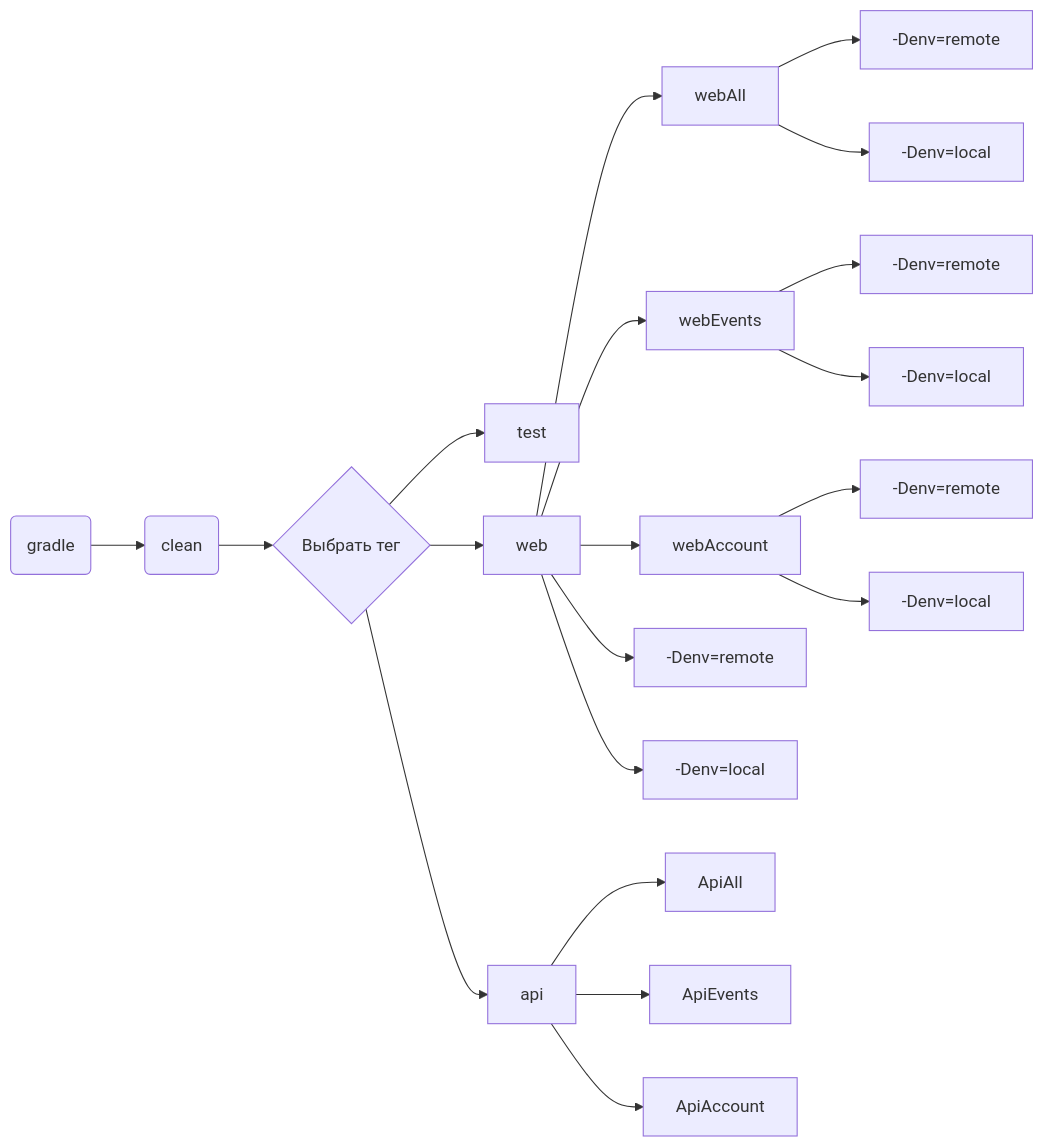
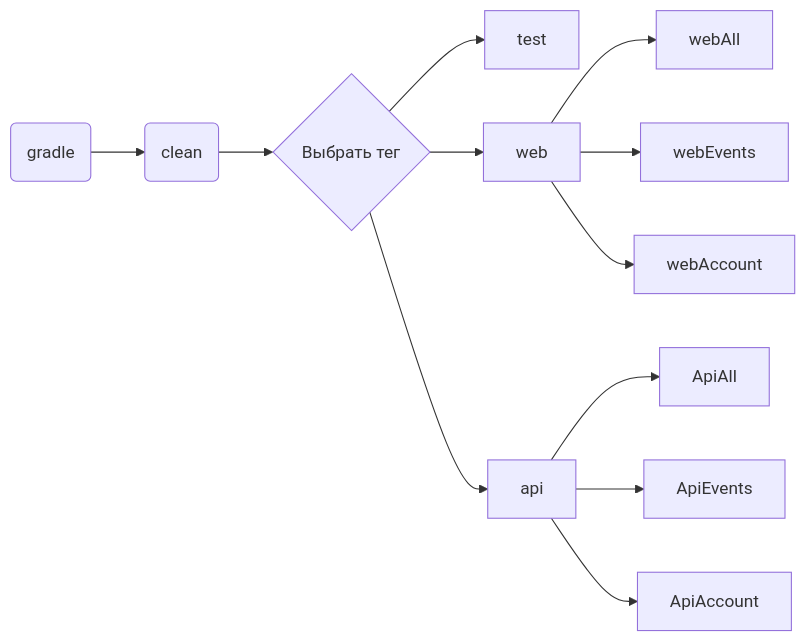
Before and after one commit to Tatin-S/qa-guru-diplom-mts-link-tests: the diagram in README.md, drawn with Mermaid.

````diff
--- a/README.md
+++ b/README.md
@@ -105,22 +105,14 @@
 ```mermaid 
 flowchart LR
     A(gradle) --> B(clean)
     B --> C{Выбрать тег}
     C --> D[test]
     C --> E[web]
     C --> F[api]
     E --> G[webAll]
     E --> H[webEvents]
     E --> J[webAccount]
     F --> K[ApiAll]
     F --> L[ApiEvents]
     F --> M[ApiAccount]
-    G --> N[-Denv=remote]
-    G --> P[-Denv=local]
-    H --> Q[-Denv=remote]
-    H --> R[-Denv=local]
-    J --> S[-Denv=remote]
-    J --> T[-Denv=local]
-    E --> V[-Denv=remote]
-    E --> W[-Denv=local]
 ```
````
